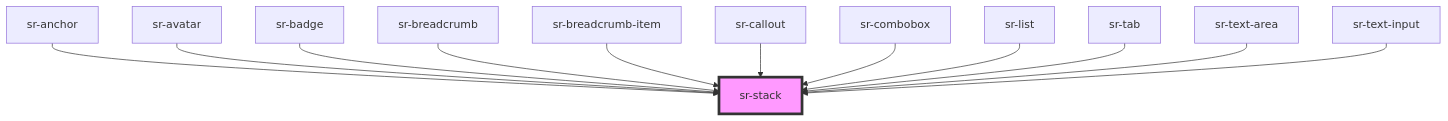
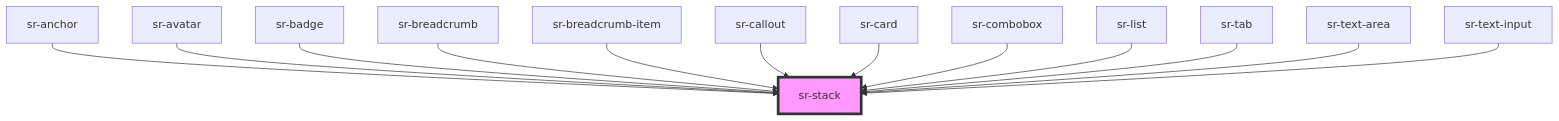
Before and after one commit to tonyblu331/spotify-replay-design-system: the diagram in src/components/layouts/sr-stack/readme.md, drawn with Mermaid. The commit also changed other lines of this file and 8 other files, not shown here.

````diff
--- a/src/components/layouts/sr-stack/readme.md
+++ b/src/components/layouts/sr-stack/readme.md
@@ -38,15 +39,16 @@
 ```mermaid
 graph TD;
   sr-anchor --> sr-stack
   sr-avatar --> sr-stack
   sr-badge --> sr-stack
   sr-breadcrumb --> sr-stack
   sr-breadcrumb-item --> sr-stack
   sr-callout --> sr-stack
+  sr-card --> sr-stack
   sr-combobox --> sr-stack
   sr-list --> sr-stack
   sr-tab --> sr-stack
   sr-text-area --> sr-stack
   sr-text-input --> sr-stack
   style sr-stack fill:#f9f,stroke:#333,stroke-width:4px
 ```
````
